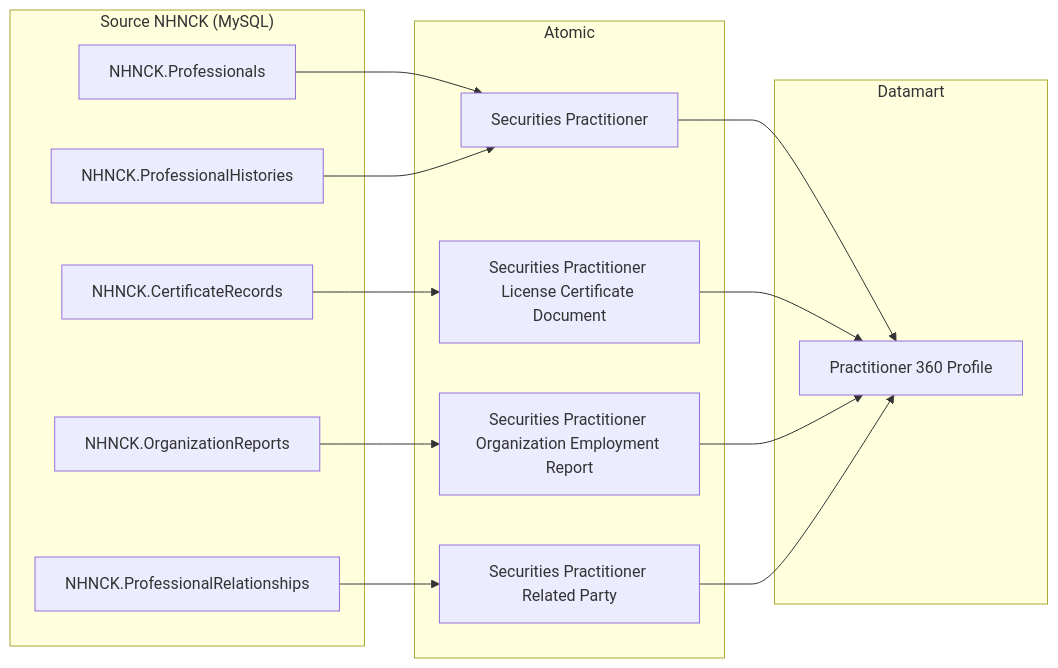
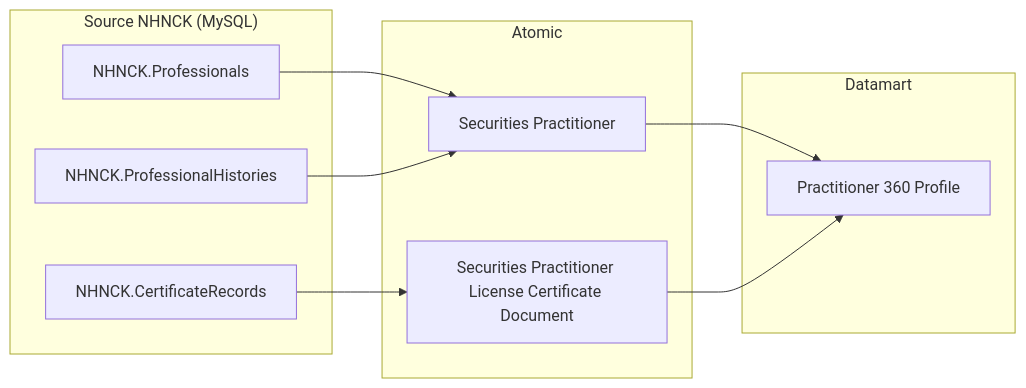
The third of 40 diagrams in Datamart/hld/DTM_NHNCK_HLD.md (linhlvit/ubck_atomic_design), drawn with Mermaid before and after one commit. The commit also changed other lines of this file and 25 other files, not shown here.

````diff
--- a/Datamart/hld/DTM_NHNCK_HLD.md
+++ b/Datamart/hld/DTM_NHNCK_HLD.md
@@ -102,32 +104,24 @@
 ```mermaid
 flowchart LR
     subgraph SRC["Source NHNCK (MySQL)"]
         S1["NHNCK.Professionals"]
         S2["NHNCK.ProfessionalHistories"]
         S3["NHNCK.CertificateRecords"]
-        S4["NHNCK.OrganizationReports"]
-        S5["NHNCK.ProfessionalRelationships"]
     end
 
     subgraph SIL["Atomic"]
         SV1["Securities Practitioner"]
         SV2["Securities Practitioner License Certificate Document"]
-        SV3["Securities Practitioner Organization Employment Report"]
-        SV4["Securities Practitioner Related Party"]
     end
 
     subgraph Datamart["Datamart"]
         G1["Practitioner 360 Profile"]
     end
 
     S1 --> SV1
     S2 --> SV1
     S3 --> SV2
-    S4 --> SV3
-    S5 --> SV4
 
     SV1 --> G1
     SV2 --> G1
-    SV3 --> G1
-    SV4 --> G1
 ```
````
